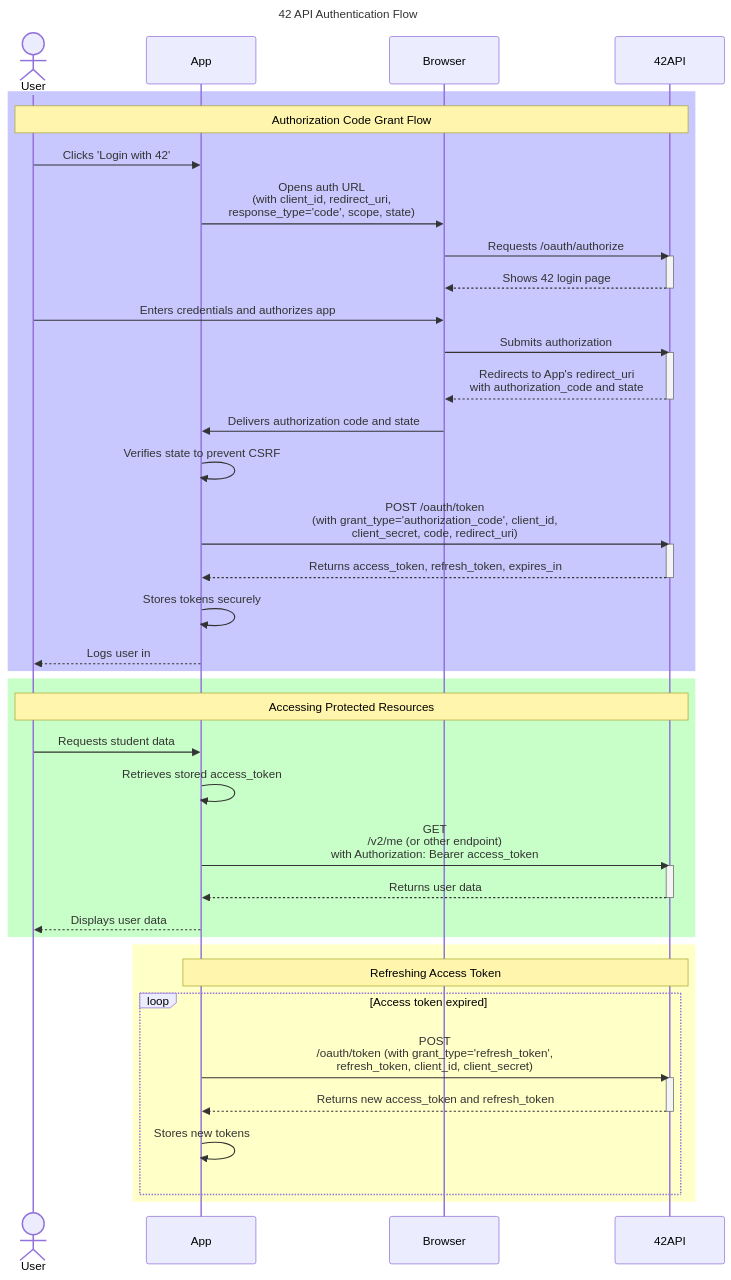
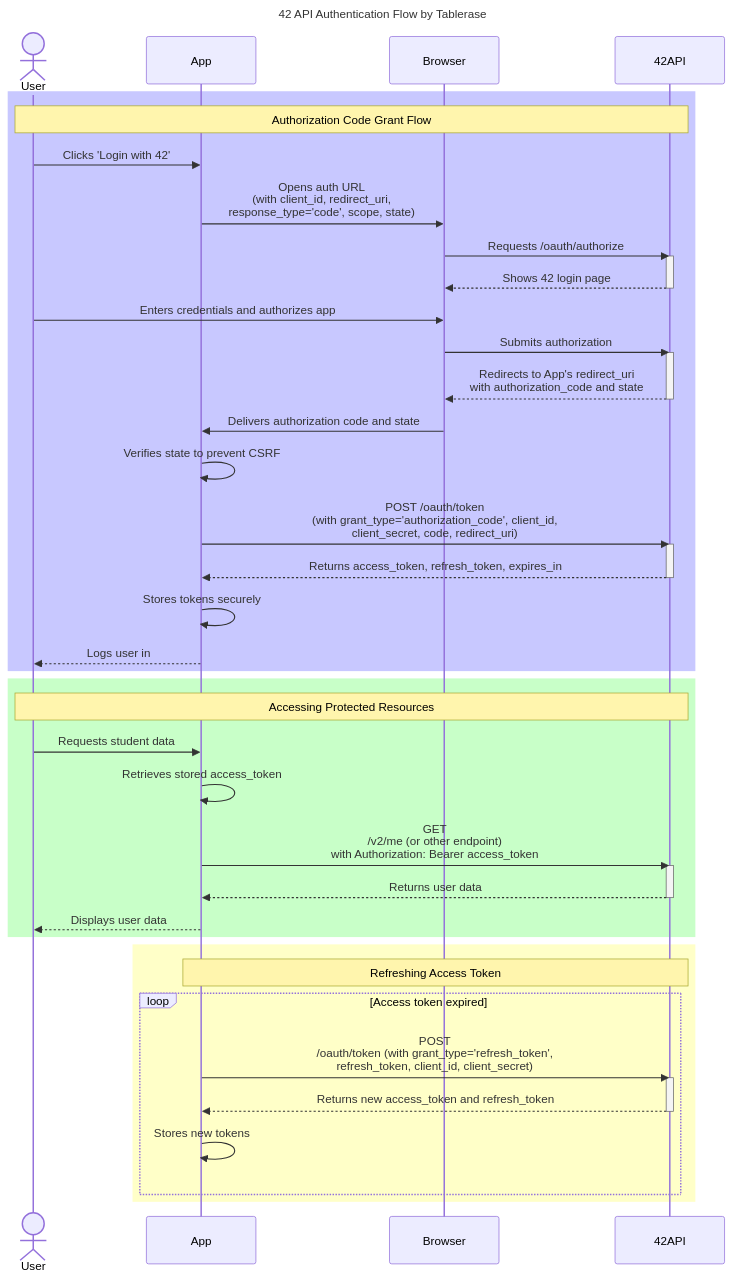
One commit to Tablerase/42_Swifty-Companion changed the second of 2 diagrams in README.md. Above: the diagram before and after it, drawn with Mermaid. The commit also changed other lines of this file and 38 other files, not shown here.

````diff
--- a/README.md
+++ b/README.md
@@ -107,55 +109,55 @@
 ```mermaid
 ---
-title: 42 API Authentication Flow
+title: 42 API Authentication Flow by Tablerase
 ---
 sequenceDiagram
   actor User
   participant App
   participant Browser
   participant 42API
 
   rect rgb(200, 200, 255)
     note over User, 42API: Authorization Code Grant Flow
     User->>App: Clicks 'Login with 42'
     App->>Browser: Opens auth URL <br/>(with client_id, redirect_uri, <br/>response_type='code', scope, state)
     Browser->>42API: Requests /oauth/authorize
     activate 42API
     42API-->>Browser: Shows 42 login page
     deactivate 42API
     User->>Browser: Enters credentials and authorizes app
     Browser->>42API: Submits authorization
     activate 42API
     42API-->>Browser: Redirects to App's redirect_uri <br/>with authorization_code and state
     deactivate 42API
     Browser->>App: Delivers authorization code and state
     App->>App: Verifies state to prevent CSRF
     App->>42API: POST /oauth/token <br/>(with grant_type='authorization_code', client_id, <br/>client_secret, code, redirect_uri)
     activate 42API
     42API-->>App: Returns access_token, refresh_token, expires_in
     deactivate 42API
     App->>App: Stores tokens securely
     App-->>User: Logs user in
   end
 
   rect rgb(200, 255, 200)
     note over User, 42API: Accessing Protected Resources
     User->>App: Requests student data
     App->>App: Retrieves stored access_token
     App->>42API: GET <br/>/v2/me (or other endpoint) <br/>with Authorization: Bearer access_token
     activate 42API
     42API-->>App: Returns user data
     deactivate 42API
     App-->>User: Displays user data
   end
 
   rect rgb(255, 255, 200)
     note over App, 42API: Refreshing Access Token
     loop Access token expired
       App->>42API: POST <br/>/oauth/token (with grant_type='refresh_token', <br/>refresh_token, client_id, client_secret)
       activate 42API
       42API-->>App: Returns new access_token and refresh_token
       deactivate 42API
       App->>App: Stores new tokens
     end
   end
 ```
````
